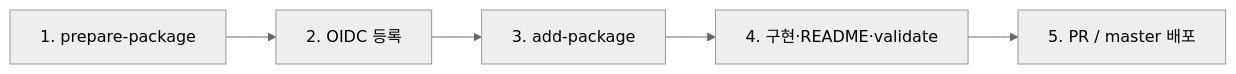
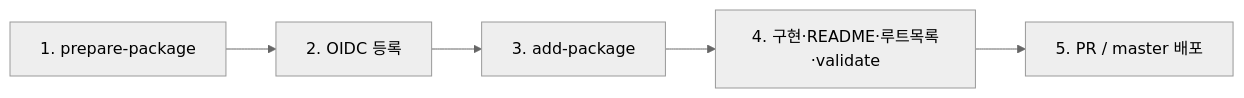
One commit to frograms/bistro-house changed the diagram in docs/ADDING_PACKAGE.md. Above: the diagram before and after it, drawn with Mermaid (neutral theme). The commit also changed other lines of this file and 15 other files, not shown here.

````diff
--- a/docs/ADDING_PACKAGE.md
+++ b/docs/ADDING_PACKAGE.md
@@ -27,7 +27,7 @@
 ```mermaid
 flowchart LR
   A[1. prepare-package] --> B[2. OIDC 등록]
   B --> C[3. add-package]
-  C --> D[4. 구현·README·validate]
+  C --> D[4. 구현·README·루트목록·validate]
   D --> E[5. PR / master 배포]
 ```
````
